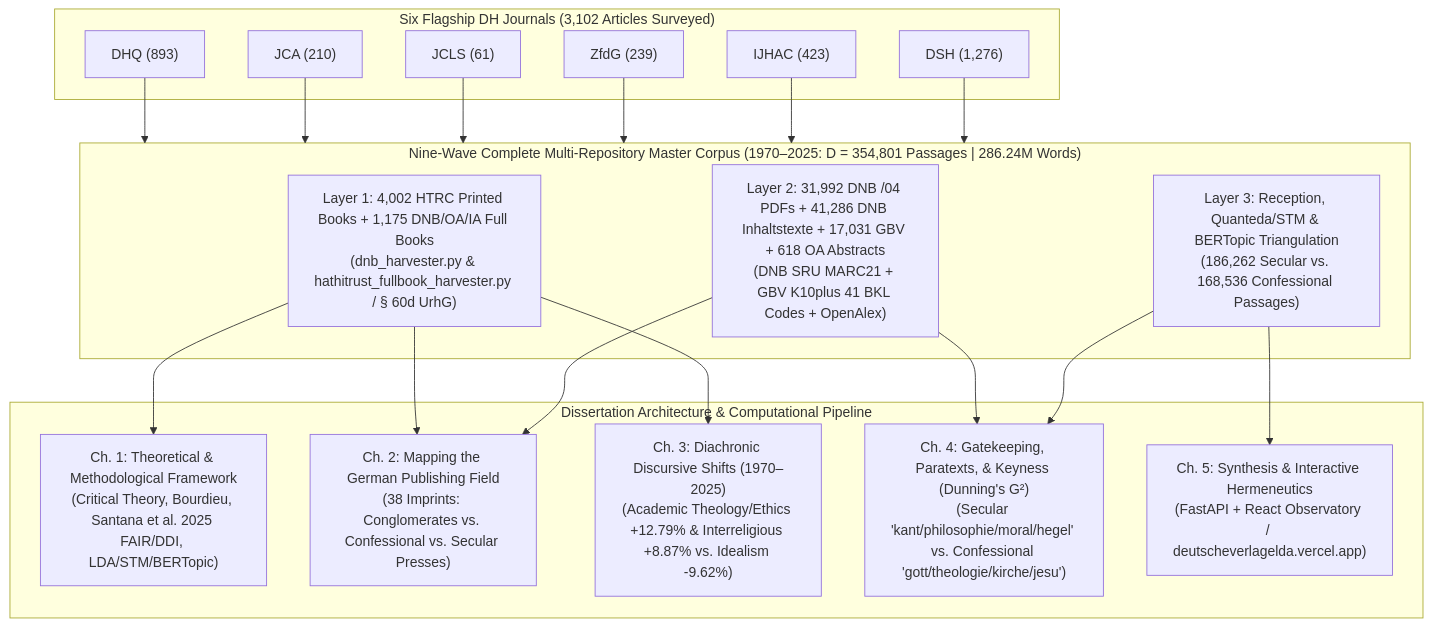
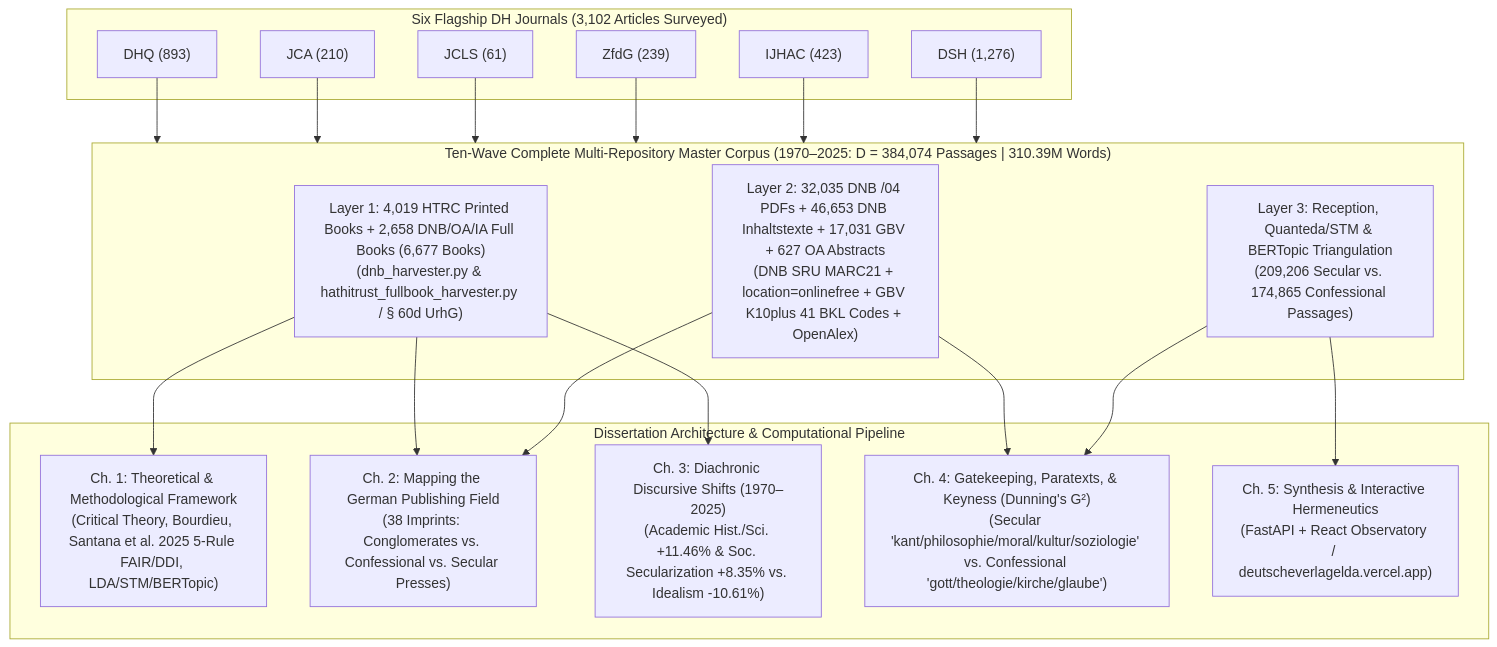
One commit to metachasm-beep/Deutsche-Verlage-LDA changed the diagram in MASTER_DH_LITERATURE_REVIEW.md. Above: the diagram before and after it, drawn with Mermaid. The commit also changed other lines of this file and 17 other files, not shown here.

Commit message:
feat(wave-10): harvest DNB location=onlinefree + hsg= full texts (384,074 docs / 310.39M words), update LDA/STM/BERTopic & dissertation chapters (batch 1/3)

````diff
--- a/MASTER_DH_LITERATURE_REVIEW.md
+++ b/MASTER_DH_LITERATURE_REVIEW.md
@@ -23,30 +23,30 @@
 ```mermaid
 flowchart TD
     subgraph Journals["Six Flagship DH Journals (3,102 Articles Surveyed)"]
         DHQ["DHQ (893)"]
         JCA["JCA (210)"]
         JCLS["JCLS (61)"]
         ZFDG["ZfdG (239)"]
         IJHAC["IJHAC (423)"]
         DSH["DSH (1,276)"]
     end
 
-    subgraph Corpus["Nine-Wave Complete Multi-Repository Master Corpus (1970–2025: D = 354,801 Passages | 286.24M Words)"]
-        L1["Layer 1: 4,002 HTRC Printed Books + 1,175 DNB/OA/IA Full Books\n(dnb_harvester.py & hathitrust_fullbook_harvester.py / § 60d UrhG)"]
-        L2["Layer 2: 31,992 DNB /04 PDFs + 41,286 DNB Inhaltstexte + 17,031 GBV + 618 OA Abstracts\n(DNB SRU MARC21 + GBV K10plus 41 BKL Codes + OpenAlex)"]
-        L3["Layer 3: Reception, Quanteda/STM & BERTopic Triangulation\n(186,262 Secular vs. 168,536 Confessional Passages)"]
+    subgraph Corpus["Ten-Wave Complete Multi-Repository Master Corpus (1970–2025: D = 384,074 Passages | 310.39M Words)"]
+        L1["Layer 1: 4,019 HTRC Printed Books + 2,658 DNB/OA/IA Full Books (6,677 Books)\n(dnb_harvester.py & hathitrust_fullbook_harvester.py / § 60d UrhG)"]
+        L2["Layer 2: 32,035 DNB /04 PDFs + 46,653 DNB Inhaltstexte + 17,031 GBV + 627 OA Abstracts\n(DNB SRU MARC21 + location=onlinefree + GBV K10plus 41 BKL Codes + OpenAlex)"]
+        L3["Layer 3: Reception, Quanteda/STM & BERTopic Triangulation\n(209,206 Secular vs. 174,865 Confessional Passages)"]
     end
 
     subgraph Chapters["Dissertation Architecture & Computational Pipeline"]
-        C1["Ch. 1: Theoretical & Methodological Framework\n(Critical Theory, Bourdieu, Santana et al. 2025 FAIR/DDI, LDA/STM/BERTopic)"]
+        C1["Ch. 1: Theoretical & Methodological Framework\n(Critical Theory, Bourdieu, Santana et al. 2025 5-Rule FAIR/DDI, LDA/STM/BERTopic)"]
         C2["Ch. 2: Mapping the German Publishing Field\n(38 Imprints: Conglomerates vs. Confessional vs. Secular Presses)"]
-        C3["Ch. 3: Diachronic Discursive Shifts (1970–2025)\n(Academic Theology/Ethics +12.79% & Interreligious +8.87% vs. Idealism -9.62%)"]
-        C4["Ch. 4: Gatekeeping, Paratexts, & Keyness (Dunning's G²)\n(Secular 'kant/philosophie/moral/hegel' vs. Confessional 'gott/theologie/kirche/jesu')"]
+        C3["Ch. 3: Diachronic Discursive Shifts (1970–2025)\n(Academic Hist./Sci. +11.46% & Soc. Secularization +8.35% vs. Idealism -10.61%)"]
+        C4["Ch. 4: Gatekeeping, Paratexts, & Keyness (Dunning's G²)\n(Secular 'kant/philosophie/moral/kultur/soziologie' vs. Confessional 'gott/theologie/kirche/glaube')"]
         C5["Ch. 5: Synthesis & Interactive Hermeneutics\n(FastAPI + React Observatory / deutscheverlagelda.vercel.app)"]
     end
 
     DHQ & JCA & JCLS & ZFDG & IJHAC & DSH --> Corpus
     L1 --> C1 & C2 & C3
     L2 --> C2 & C4
     L3 --> C4 & C5
 ```
````
